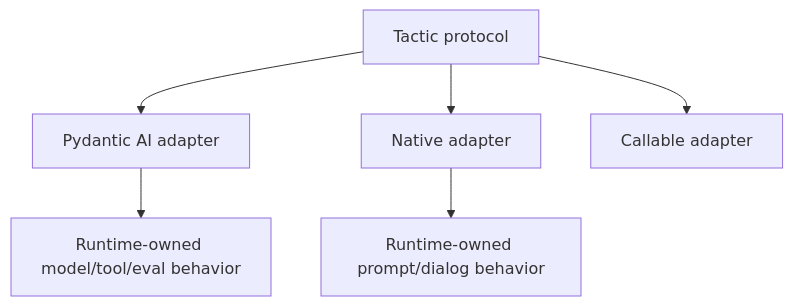
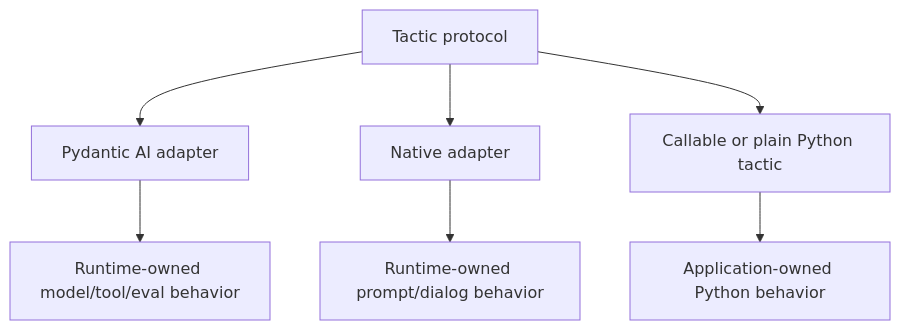
Before and after one commit to Productive-Superintelligence/lllm: the diagram in docs/concepts/runtime-boundary.md, drawn with Mermaid. The commit also changed other lines of this file and 59 other files, not shown here.

````diff
--- a/docs/concepts/runtime-boundary.md
+++ b/docs/concepts/runtime-boundary.md
@@ -17,8 +18,9 @@
 ```mermaid
 flowchart TD
   T["Tactic protocol"] --> P["Pydantic AI adapter"]
   T --> N["Native adapter"]
-  T --> C["Callable adapter"]
+  T --> C["Callable or plain Python tactic"]
   P --> R1["Runtime-owned model/tool/eval behavior"]
   N --> R2["Runtime-owned prompt/dialog behavior"]
+  C --> R3["Application-owned Python behavior"]
 ```
````
